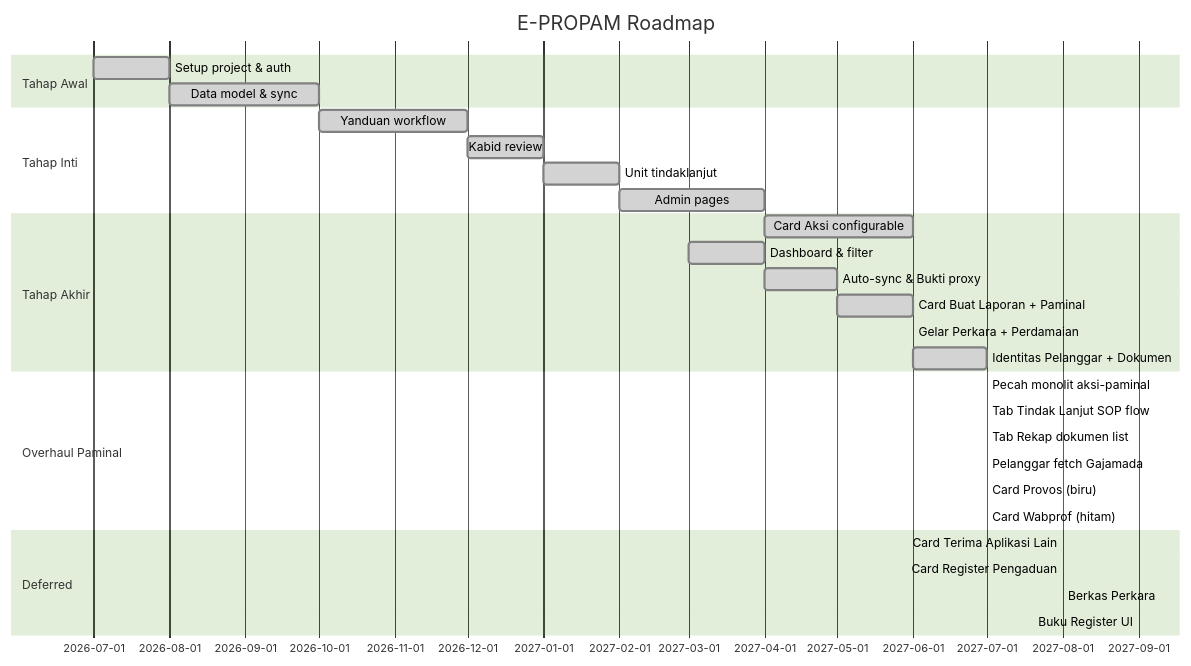
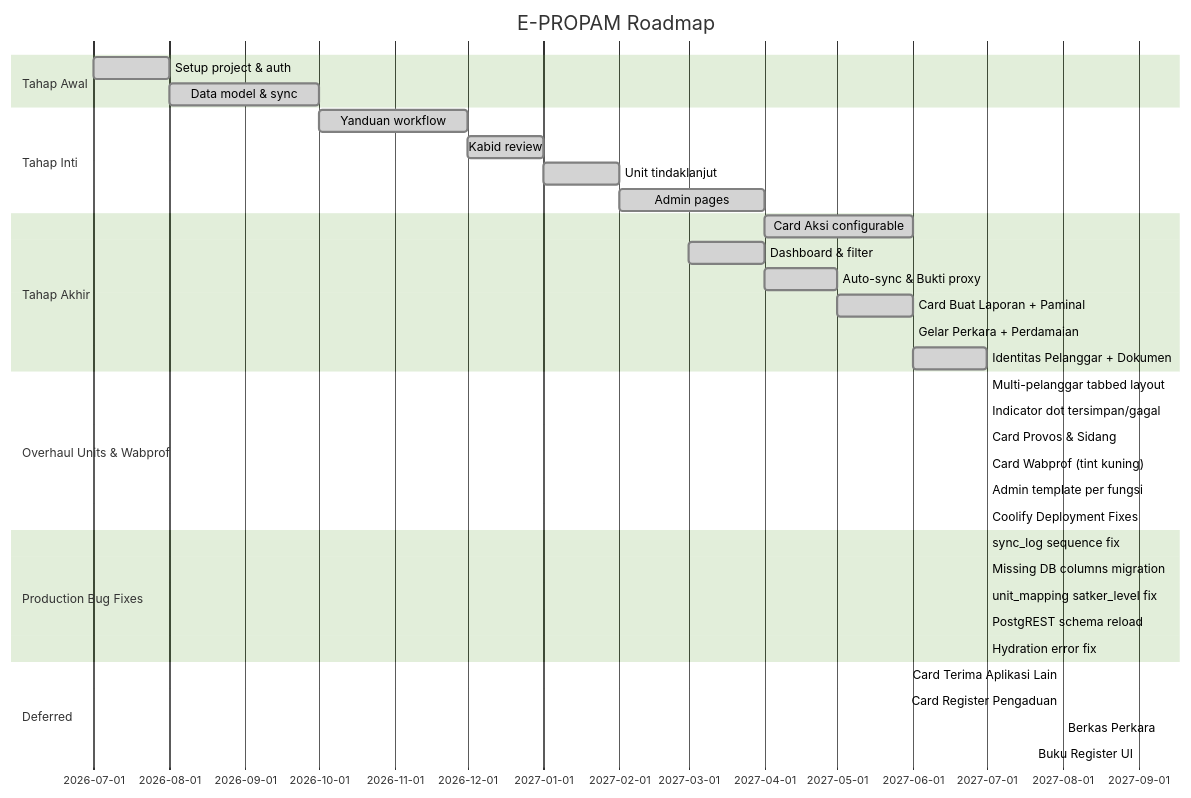
One commit to Kilodash/e-propam changed the diagram in brain/roadmap.md. Above: the diagram before and after it, drawn with Mermaid (forest theme). The commit also changed other lines of this file and 105 other files, not shown here.

Commit message:
fix: production bugs - schema cache, unit_mapping null satker_level, hydration error, sync_log sequence

````diff
--- a/brain/roadmap.md
+++ b/brain/roadmap.md
@@ -12,32 +12,38 @@
 ```mermaid
 gantt
     title E-PROPAM Roadmap
     dateFormat  YYYY-MM
     section Tahap Awal
     Setup project & auth         :done, 2026-07, 2026-08
     Data model & sync            :done, 2026-08, 2026-10
     section Tahap Inti
     Yanduan workflow             :done, 2026-10, 2026-12
     Kabid review                 :done, 2026-12, 2027-01
     Unit tindaklanjut            :done, 2027-01, 2027-02
     Admin pages                  :done, 2027-02, 2027-04
     section Tahap Akhir
     Card Aksi configurable       :done, 2027-04, 2027-06
     Dashboard & filter           :done, 2027-03, 2027-04
     Auto-sync & Bukti proxy      :done, 2027-04, 2027-05
     Card Buat Laporan + Paminal  :done, 2027-05, 2027-06
     Gelar Perkara + Perdamaian   :done, 2027-06, 2027-06
     Identitas Pelanggar + Dokumen:done, 2027-06, 2027-07
-    section Overhaul Paminal
-    Pecah monolit aksi-paminal   :done, 2027-07, 2027-07
-    Tab Tindak Lanjut SOP flow   :done, 2027-07, 2027-07
-    Tab Rekap dokumen list       :done, 2027-07, 2027-07
-    Pelanggar fetch Gajamada     :done, 2027-07, 2027-07
-    Card Provos (biru)           :done, 2027-07, 2027-07
-    Card Wabprof (hitam)         :active, 2027-07, 2027-07
+    section Overhaul Units & Wabprof
+    Multi-pelanggar tabbed layout:done, 2027-07, 2027-07
+    Indicator dot tersimpan/gagal:done, 2027-07, 2027-07
+    Card Provos & Sidang         :done, 2027-07, 2027-07
+    Card Wabprof (tint kuning)   :done, 2027-07, 2027-07
+    Admin template per fungsi    :done, 2027-07, 2027-07
+    Coolify Deployment Fixes     :done, 2027-07, 2027-07
+    section Production Bug Fixes
+    sync_log sequence fix        :done, 2027-07, 2027-07
+    Missing DB columns migration :done, 2027-07, 2027-07
+    unit_mapping satker_level fix:done, 2027-07, 2027-07
+    PostgREST schema reload      :done, 2027-07, 2027-07
+    Hydration error fix          :done, 2027-07, 2027-07
     section Deferred
     Card Terima Aplikasi Lain    :pending, 2027-08, 2027-08
     Card Register Pengaduan      :pending, 2027-08, 2027-08
     Berkas Perkara               :pending, 2027-08, 2027-08
     Buku Register UI             :pending, 2027-09, 2027-09
 ```
````
